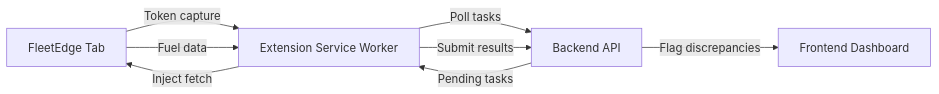
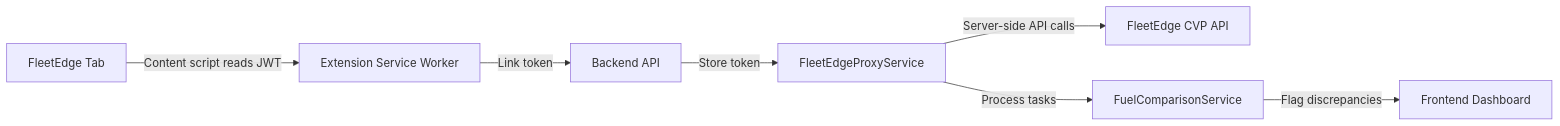
The second of 2 diagrams in extension/README.md (GNB-motors/plugin), drawn with Mermaid before and after one commit. The commit also changed other lines of this file and 19 other files, not shown here.

Commit message:
Refactor FleetEdge Token Reader for CWS Compliance (MV3)

````diff
--- a/extension/README.md
+++ b/extension/README.md
@@ -37,10 +47,9 @@
 ```mermaid
 graph LR
-    A[FleetEdge Tab] -->|Token capture| B[Extension Service Worker]
-    B -->|Poll tasks| C[Backend API]
-    C -->|Pending tasks| B
-    B -->|Inject fetch| A
-    A -->|Fuel data| B
-    B -->|Submit results| C
-    C -->|Flag discrepancies| D[Frontend Dashboard]
+    A[FleetEdge Tab] -->|Content script reads JWT| B[Extension Service Worker]
+    B -->|Link token| C[Backend API]
+    C -->|Store token| D[FleetEdgeProxyService]
+    D -->|Server-side API calls| E[FleetEdge CVP API]
+    D -->|Process tasks| F[FuelComparisonService]
+    F -->|Flag discrepancies| G[Frontend Dashboard]
 ```
````
